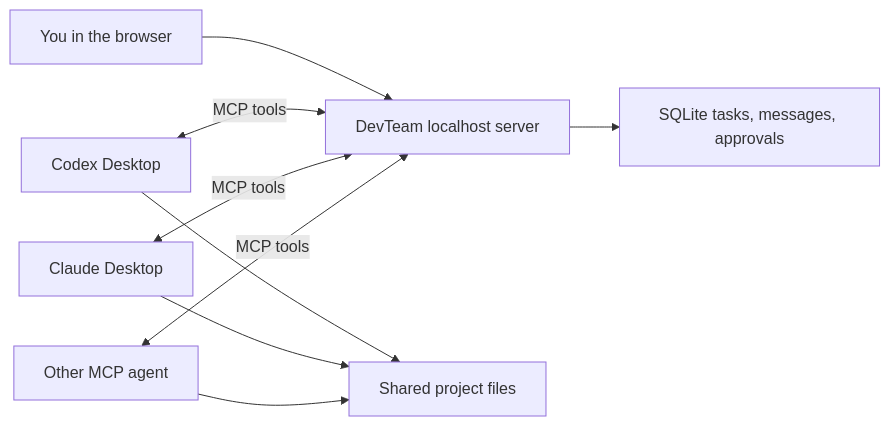
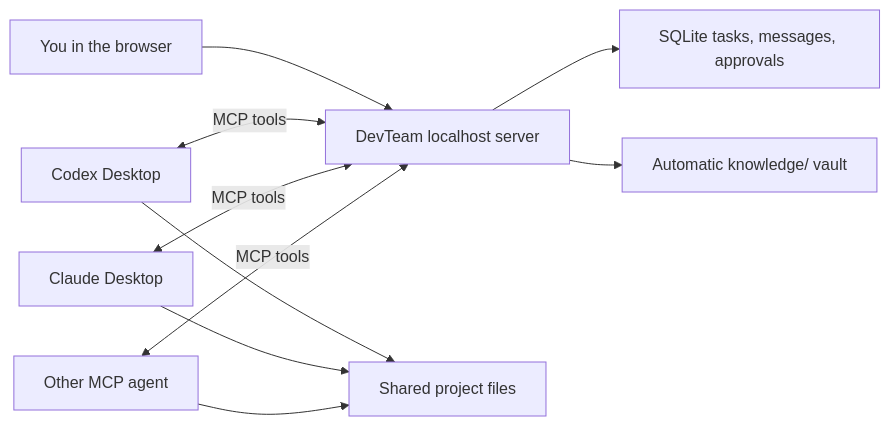
Before and after one commit to AlokaWarnakula/DevTeam: the diagram in README.md, drawn with Mermaid. The commit also changed other lines of this file and 13 other files, not shown here.

````diff
--- a/README.md
+++ b/README.md
@@ -9,11 +23,12 @@
 ```mermaid
 flowchart LR
     U["You in the browser"] --> D["DevTeam localhost server"]
     C["Codex Desktop"] <-->|"MCP tools"| D
     A["Claude Desktop"] <-->|"MCP tools"| D
     O["Other MCP agent"] <-->|"MCP tools"| D
     D --> Q["SQLite tasks, messages, approvals"]
+    D --> K["Automatic knowledge/ vault"]
     C --> W["Shared project files"]
     A --> W
     O --> W
 ```
````
